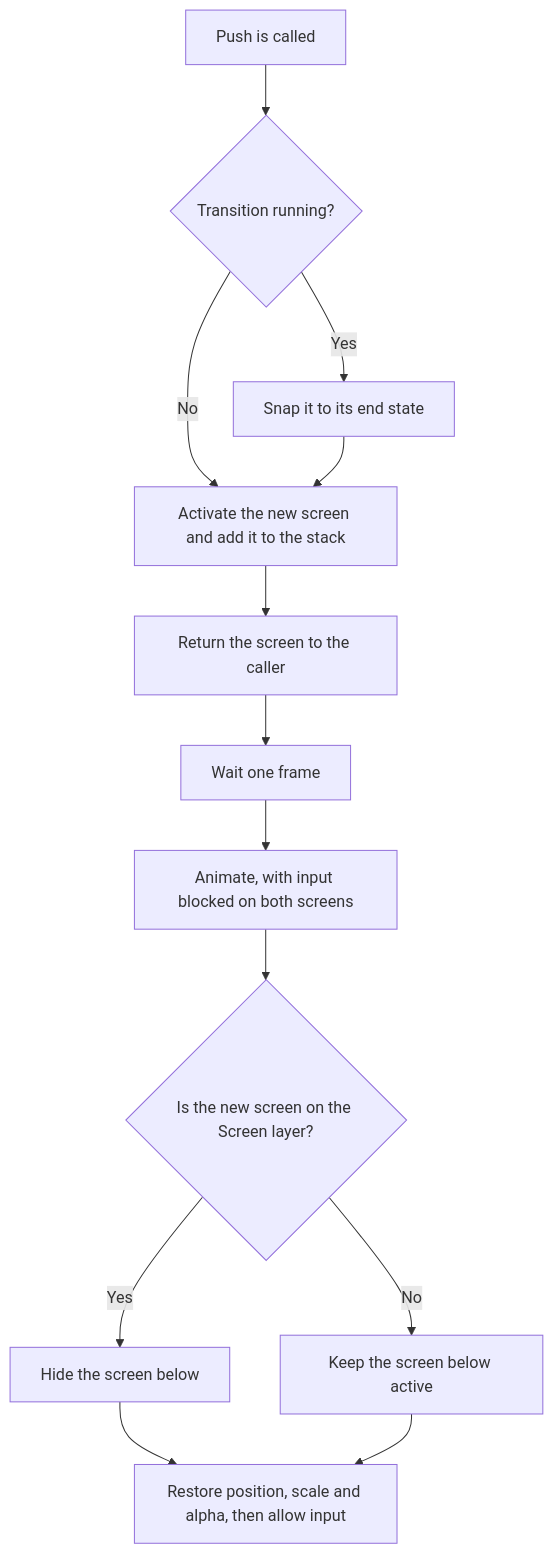
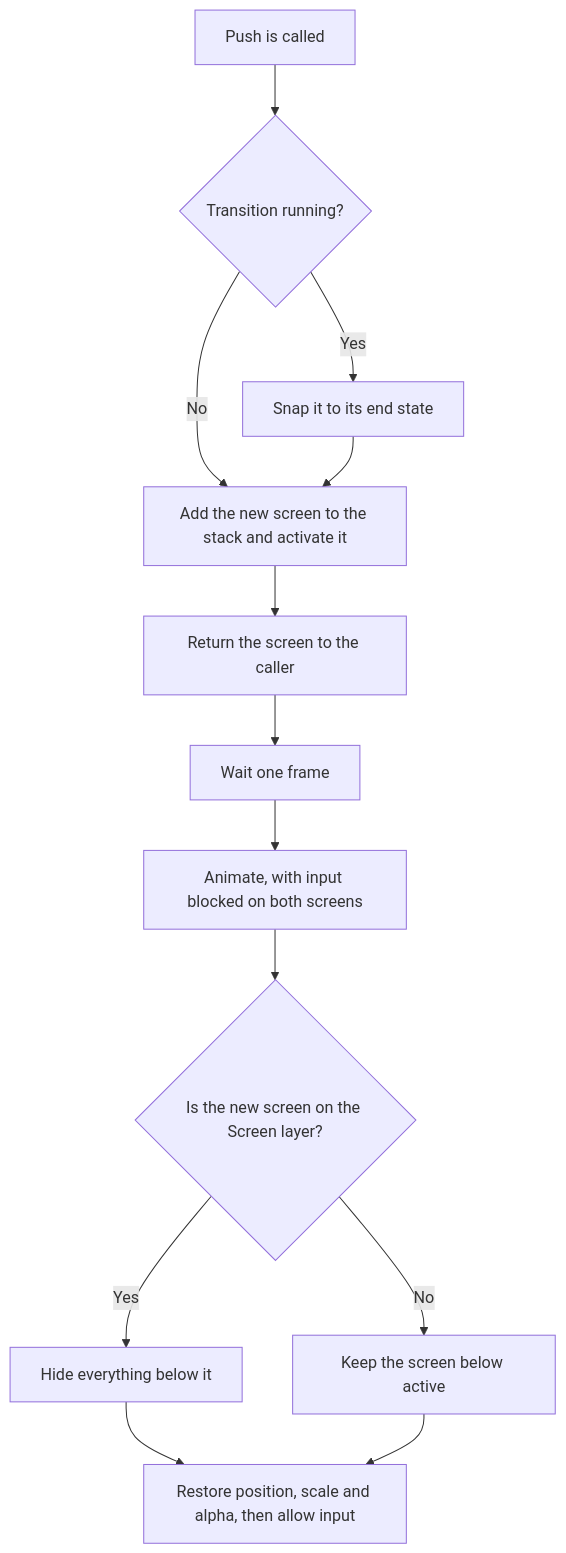
One commit to kahkaar/CaptainA_unity changed the second of 3 diagrams in docs/NEW/NAVIGATION.md. Above: the diagram before and after it, drawn with Mermaid. The commit also changed other lines of this file and 26 other files, not shown here.

Commit message:
feat(navigation): move ASA flow and freestyle to navigator

````diff
--- a/docs/NEW/NAVIGATION.md
+++ b/docs/NEW/NAVIGATION.md
@@ -85,15 +85,15 @@
 ```mermaid
 flowchart TD
     start["Push is called"] --> running{"Transition running?"}
     running -- Yes --> snap["Snap it to its end state"]
     running -- No --> activate
-    snap --> activate["Activate the new screen and add it to the stack"]
+    snap --> activate["Add the new screen to the stack and activate it"]
     activate --> returned["Return the screen to the caller"]
     returned --> wait["Wait one frame"]
     wait --> animate["Animate, with input blocked on both screens"]
     animate --> layer{"Is the new screen on the Screen layer?"}
-    layer -- Yes --> hide["Hide the screen below"]
+    layer -- Yes --> hide["Hide everything below it"]
     layer -- No --> keep["Keep the screen below active"]
     hide --> finish["Restore position, scale and alpha, then allow input"]
     keep --> finish
 ```
````
